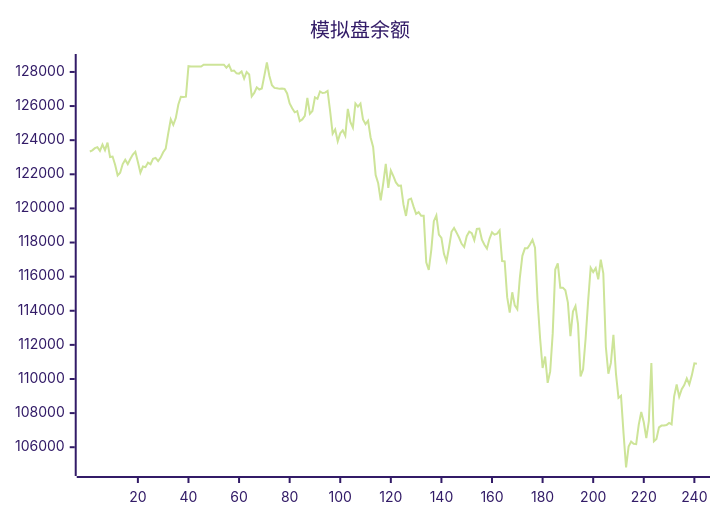
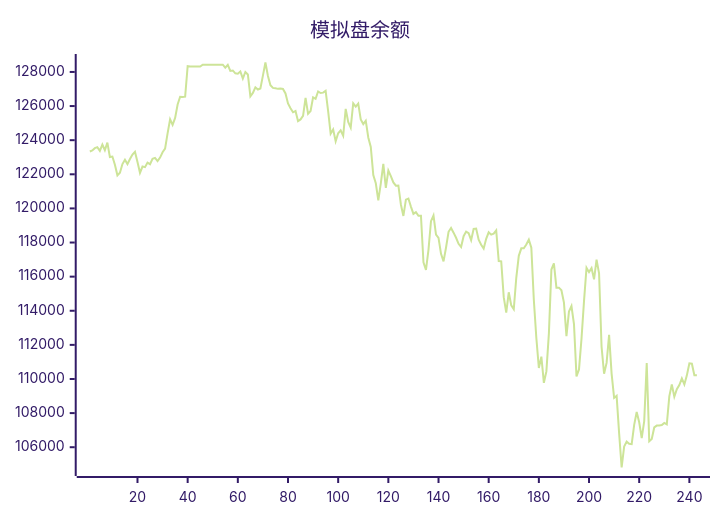
One commit to aahl/ai-trading changed the diagram in README.md. Above: the diagram before and after it, drawn with Mermaid (forest theme). The commit also changed other lines of this file and 1 other file, not shown here.

````diff
--- a/README.md
+++ b/README.md
@@ -5,5 +5,5 @@
 ```mermaid
 xychart
     title "模拟盘余额"
-    line [123338,123402,123530,123592,123378,123745,123413,123853,123009,123040,122557,121938,122095,122599,122856,122597,122898,123160,123319,122719,122087,122454,122416,122685,122592,122907,122961,122776,122981,123295,123507,124403,125224,124894,125303,126088,126544,126534,126549,128335,128318,128318,128318,128318,128318,128424,128424,128424,128424,128424,128424,128424,128424,128424,128247,128412,128062,128087,127917,127901,128026,127611,128000,127850,126572,126770,127100,126971,127029,127783,128554,127765,127224,127064,127044,127009,127025,127004,126738,126152,125871,125635,125707,125117,125217,125420,126480,125545,125715,126511,126424,126856,126764,126788,126890,125710,124381,124632,123936,124402,124574,124256,125833,125070,124739,126154,125966,126145,125213,124943,125143,124157,123604,121959,121476,120476,121470,122610,121201,122221,121889,121522,121332,121344,120232,119559,120513,120577,120108,119680,119777,119572,119568,116839,116392,117573,119250,119585,118469,118277,117338,116897,117706,118628,118849,118579,118280,117926,117735,118373,118639,118544,118136,118798,118819,118162,117874,117649,118215,118601,118463,118517,118713,116911,116899,114798,113887,115084,114313,114091,115934,117221,117658,117658,117883,118164,117693,114632,112403,110644,111313,109777,110444,112673,116419,116772,115355,115355,115198,114476,112510,113954,114276,113223,110151,110561,112361,114562,116522,116265,116500,115845,117000,116199,111887,110306,110942,112588,110318,108891,109011,106814,104811,106038,106327,106201,106180,107315,108068,107463,106528,107530,110941,106346,106482,107161,107268,107270,107302,107426,107340,108985,109681,108962,109404,109645,110030,109680,110214,110918,110897]
+    line [123338,123402,123530,123592,123378,123745,123413,123853,123009,123040,122557,121938,122095,122599,122856,122597,122898,123160,123319,122719,122087,122454,122416,122685,122592,122907,122961,122776,122981,123295,123507,124403,125224,124894,125303,126088,126544,126534,126549,128335,128318,128318,128318,128318,128318,128424,128424,128424,128424,128424,128424,128424,128424,128424,128247,128412,128062,128087,127917,127901,128026,127611,128000,127850,126572,126770,127100,126971,127029,127783,128554,127765,127224,127064,127044,127009,127025,127004,126738,126152,125871,125635,125707,125117,125217,125420,126480,125545,125715,126511,126424,126856,126764,126788,126890,125710,124381,124632,123936,124402,124574,124256,125833,125070,124739,126154,125966,126145,125213,124943,125143,124157,123604,121959,121476,120476,121470,122610,121201,122221,121889,121522,121332,121344,120232,119559,120513,120577,120108,119680,119777,119572,119568,116839,116392,117573,119250,119585,118469,118277,117338,116897,117706,118628,118849,118579,118280,117926,117735,118373,118639,118544,118136,118798,118819,118162,117874,117649,118215,118601,118463,118517,118713,116911,116899,114798,113887,115084,114313,114091,115934,117221,117658,117658,117883,118164,117693,114632,112403,110644,111313,109777,110444,112673,116419,116772,115355,115355,115198,114476,112510,113954,114276,113223,110151,110561,112361,114562,116522,116265,116500,115845,117000,116199,111887,110306,110942,112588,110318,108891,109011,106814,104811,106038,106327,106201,106180,107315,108068,107463,106528,107530,110941,106346,106482,107161,107268,107270,107302,107426,107340,108985,109681,108962,109404,109645,110030,109680,110214,110918,110897,110215,110212]
 ```
````
